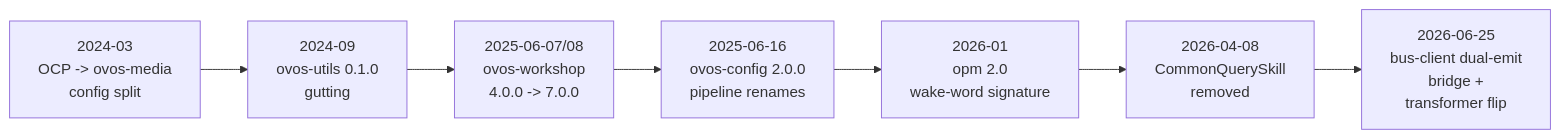
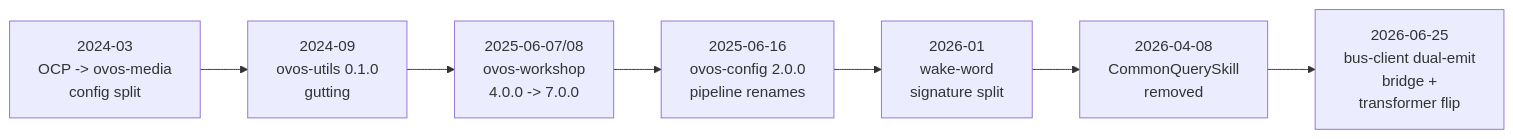
Before and after one commit to OpenVoiceOS/beta-technical-manual: the diagram in docs/updating-from-older-ovos.md, drawn with Mermaid. The commit also changed 2 other files, not shown here.

Commit message:
docs: finish the wake-word attribution propagation
Three echoes survived the round-93 fix: the compat guide still said the
listeners adopted the caller side on the same opm bump as the 1.0.0
contract (they bumped to 2.0.0), its inline comment said pre-2.0 for a
pre-1.0.0 form, and a mermaid node plus a cross-reference sentence still
framed the split itself as opm 2.0.

````diff
--- a/docs/updating-from-older-ovos.md
+++ b/docs/updating-from-older-ovos.md
@@ -105,9 +105,9 @@
 ```mermaid
 flowchart LR
     A["2024-03<br/>OCP -> ovos-media<br/>config split"] --> B["2024-09<br/>ovos-utils 0.1.0<br/>gutting"]
     B --> C["2025-06-07/08<br/>ovos-workshop<br/>4.0.0 -> 7.0.0"]
     C --> D["2025-06-16<br/>ovos-config 2.0.0<br/>pipeline renames"]
-    D --> E["2026-01<br/>opm 2.0<br/>wake-word signature"]
+    D --> E["2026-01<br/>wake-word<br/>signature split"]
     E --> F["2026-04-08<br/>CommonQuerySkill<br/>removed"]
     F --> G["2026-06-25<br/>bus-client dual-emit<br/>bridge +<br/>transformer flip"]
 ```
````
